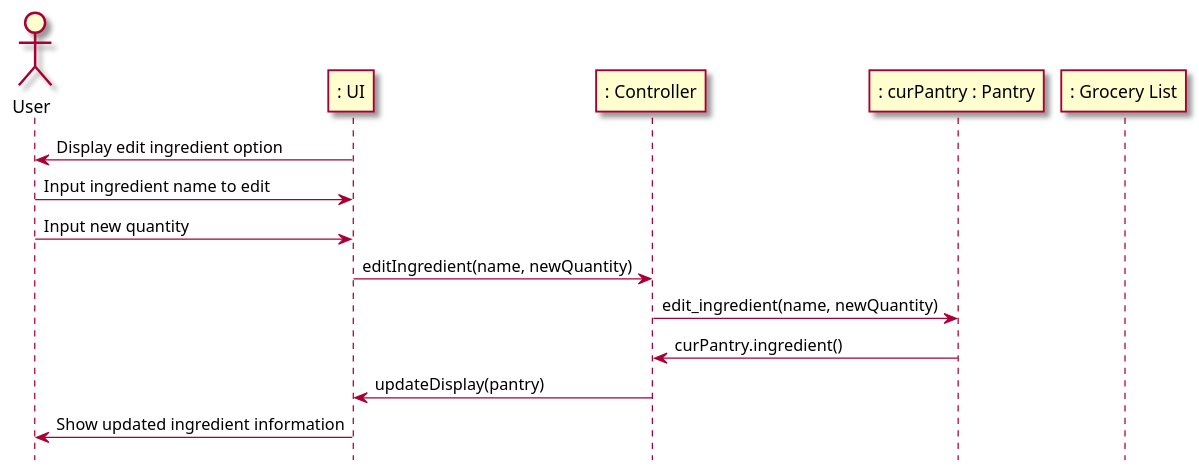
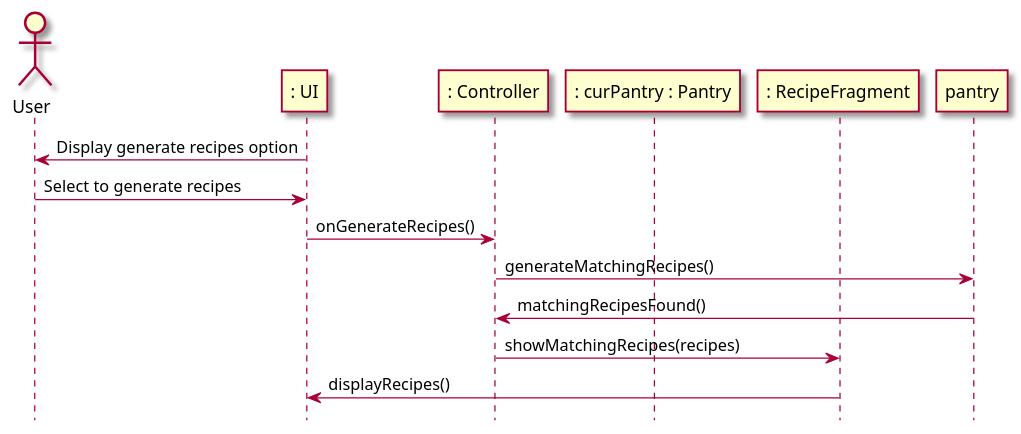
Before and after one commit to berthashipper/Pantry-Pal-Android-Application: the eighth of 8 diagrams in intellij/doc/use-cases/manage_pantry.md, drawn with PlantUML. The commit also changed other lines of this file and 11 other files, not shown here.

Commit message:
Updated sequence diagrams and workflows to reflect real code

`````diff
--- a/intellij/doc/use-cases/manage_pantry.md
+++ b/intellij/doc/use-cases/manage_pantry.md
@@ -226,23 +205,23 @@
 ```plantuml
 @startuml
 skin rose
 
 hide footbox
 
 actor User as user
 participant ": UI" as ui
 participant ": Controller" as cont
-participant ": curPantry : Pantry" as pantry
-participant ": Grocery List" as grocery
+participant ": curPantry : Pantry"
+participant ": RecipeFragment" as recipeFragment
 
-ui -> user : Display edit ingredient option
-user -> ui : Input ingredient name to edit
-user -> ui : Input new quantity
-ui -> cont : editIngredient(name, newQuantity)
-cont -> pantry : edit_ingredient(name, newQuantity)
-pantry -> cont : curPantry.ingredient()
-cont -> ui : updateDisplay(pantry)
-ui -> user : Show updated ingredient information
+ui -> user : Display generate recipes option
+user -> ui : Select to generate recipes
+ui -> cont : onGenerateRecipes()
+cont -> pantry : generateMatchingRecipes()
+pantry -> cont : matchingRecipesFound()
+cont -> recipeFragment : showMatchingRecipes(recipes)
+recipeFragment -> ui : displayRecipes()
 
 @enduml
+
 ````
`````
